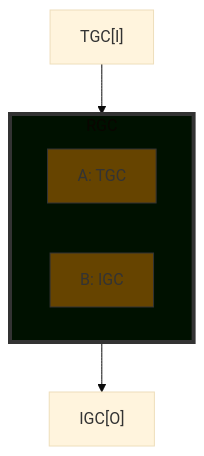
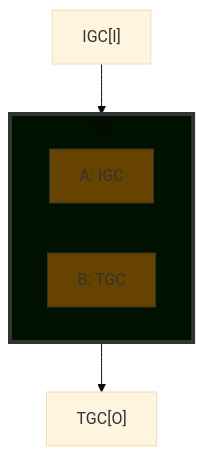
The first of 12 diagrams in docs/insertion.md (Shapedsundew9/egp-physics), drawn with Mermaid (base theme) before and after one commit. The commit also changed 2 other files, not shown here.

````diff
--- a/docs/insertion.md
+++ b/docs/insertion.md
@@ -50,21 +48,21 @@
 ```mermaid
 %% Insertion Case 1: Stack
 flowchart TB
-    I["TGC[I]"]
+    I["IGC[I]"]
     subgraph RGC
         direction RL
-        GCA["A: TGC"]
-        GCB["B: IGC"]
+        GCA["A: IGC"]
+        GCB["B: TGC"]
     end
-    O["IGC[O]"]
+    O["TGC[O]"]
     I --> RGC --> O
 
 classDef newGC fill:#010,stroke:#333,stroke-width:4px
 classDef newRow fill:#010,stroke:#333,stroke-width:1px
 classDef modified fill:#640,stroke:#333,stroke-width:1px
 classDef unchanged fill:#000,stroke:#333,stroke-width:1px
 
 class RGC newGC
 class GCA modified
 class GCB modified
 ```
````
